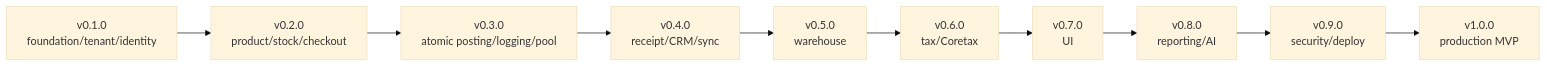
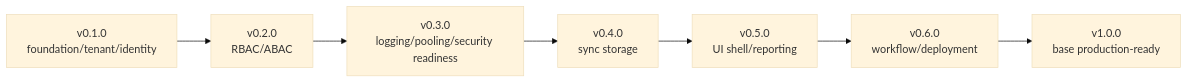
Before and after one commit to ahliweb/awcms-mini: the second of 3 diagrams in docs/awcms-mini/09_roadmap_repository_commit.md, drawn with Mermaid (base theme). The commit also changed other lines of this file and 8 other files, not shown here.

````diff
--- a/docs/awcms-mini/09_roadmap_repository_commit.md
+++ b/docs/awcms-mini/09_roadmap_repository_commit.md
@@ -327,12 +264,9 @@
 ```mermaid
 flowchart LR
-  V1[v0.1.0<br/>foundation/tenant/identity] --> V2[v0.2.0<br/>product/stock/checkout]
-  V2 --> V3[v0.3.0<br/>atomic posting/logging/pool]
-  V3 --> V4[v0.4.0<br/>receipt/CRM/sync]
-  V4 --> V5[v0.5.0<br/>warehouse]
-  V5 --> V6[v0.6.0<br/>tax/Coretax]
-  V6 --> V7[v0.7.0<br/>UI]
-  V7 --> V8[v0.8.0<br/>reporting/AI]
-  V8 --> V9[v0.9.0<br/>security/deploy]
-  V9 --> V10[v1.0.0<br/>production MVP]
+  V1[v0.1.0<br/>foundation/tenant/identity] --> V2[v0.2.0<br/>RBAC/ABAC]
+  V2 --> V3[v0.3.0<br/>logging/pooling/security readiness]
+  V3 --> V4[v0.4.0<br/>sync storage]
+  V4 --> V5[v0.5.0<br/>UI shell/reporting]
+  V5 --> V6[v0.6.0<br/>workflow/deployment]
+  V6 --> V7[v1.0.0<br/>base production-ready]
 ```
````
